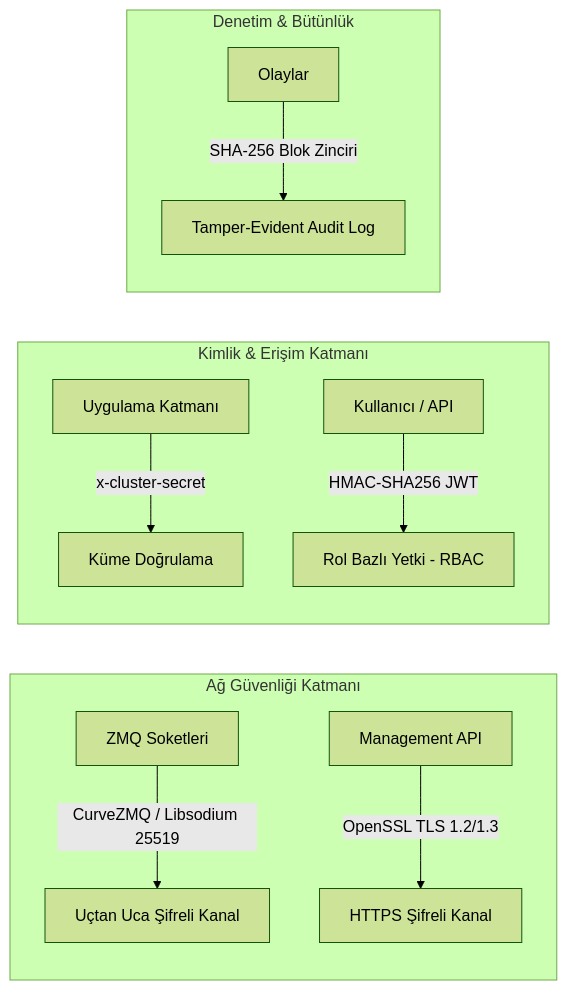
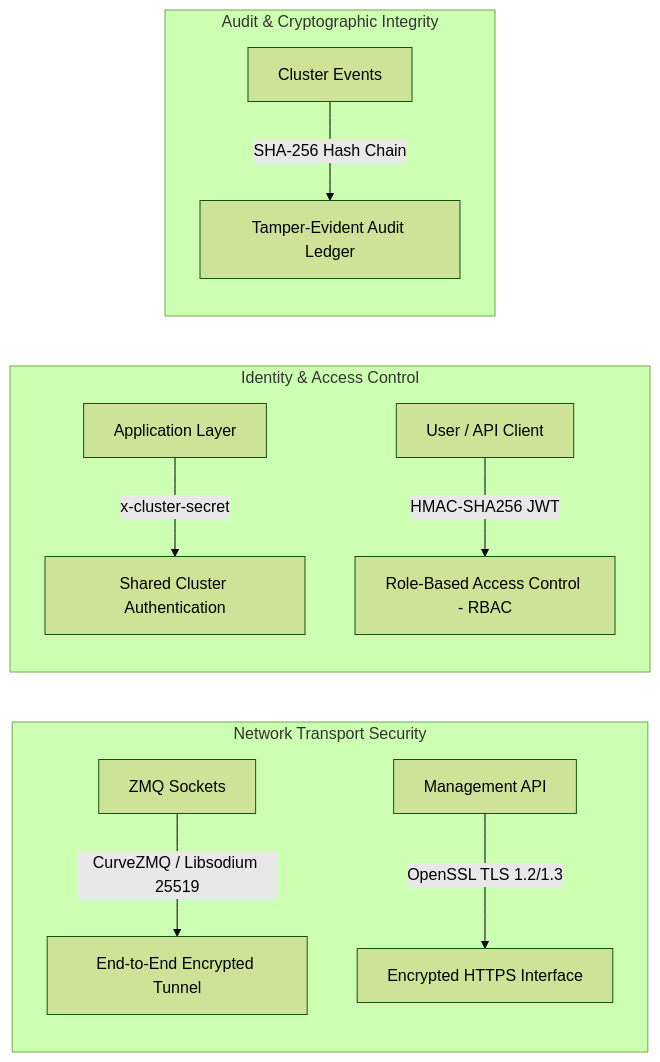
One commit to Mehmet8-Dev/Samurai changed the second of 5 diagrams in docs/40-distributed-control-plane-handbook.md. Above: the diagram before and after it, drawn with Mermaid (forest theme). The commit also changed other lines of this file and 22 other files, not shown here.

````diff
--- a/docs/40-distributed-control-plane-handbook.md
+++ b/docs/40-distributed-control-plane-handbook.md
@@ -154,14 +152,14 @@
 ```mermaid
 graph LR
-    subgraph "Ağ Güvenliği Katmanı"
-        A[ZMQ Soketleri] -->|CurveZMQ / Libsodium 25519| B[Uçtan Uca Şifreli Kanal]
-        C[Management API] -->|OpenSSL TLS 1.2/1.3| D[HTTPS Şifreli Kanal]
+    subgraph "Network Transport Security"
+        A[ZMQ Sockets] -->|CurveZMQ / Libsodium 25519| B[End-to-End Encrypted Tunnel]
+        C[Management API] -->|OpenSSL TLS 1.2/1.3| D[Encrypted HTTPS Interface]
     end
-    subgraph "Kimlik & Erişim Katmanı"
-        E[Uygulama Katmanı] -->|x-cluster-secret| F[Küme Doğrulama]
-        G[Kullanıcı / API] -->|HMAC-SHA256 JWT| H[Rol Bazlı Yetki - RBAC]
+    subgraph "Identity & Access Control"
+        E[Application Layer] -->|x-cluster-secret| F[Shared Cluster Authentication]
+        G[User / API Client] -->|HMAC-SHA256 JWT| H[Role-Based Access Control - RBAC]
     end
-    subgraph "Denetim & Bütünlük"
-        I[Olaylar] -->|SHA-256 Blok Zinciri| J[Tamper-Evident Audit Log]
+    subgraph "Audit & Cryptographic Integrity"
+        I[Cluster Events] -->|SHA-256 Hash Chain| J[Tamper-Evident Audit Ledger]
     end
 ```
````
